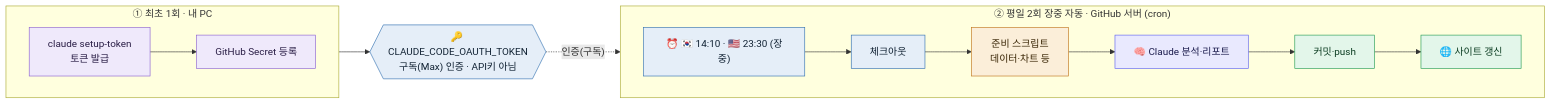
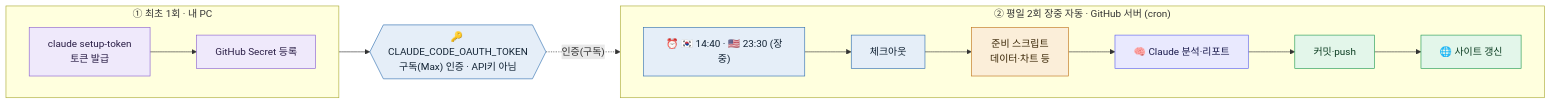
The first of 2 diagrams in docs/OVERVIEW.md (gks930620/stock-daily), drawn with Mermaid before and after one commit. The commit also changed other lines of this file and 15 other files, not shown here.

````diff
--- a/docs/OVERVIEW.md
+++ b/docs/OVERVIEW.md
@@ -14,22 +14,22 @@
 ```mermaid
 flowchart LR
   subgraph SETUP["① 최초 1회 · 내 PC"]
     direction LR
     A["claude setup-token<br/>토큰 발급"] --> B["GitHub Secret 등록"]
   end
   B --> KEY{{"🔑 CLAUDE_CODE_OAUTH_TOKEN<br/>구독(Max) 인증 · API키 아님"}}
 
   subgraph DAILY["② 평일 2회 장중 자동 · GitHub 서버 (cron)"]
     direction LR
-    C["⏰ 🇰🇷 14:10 · 🇺🇸 23:30 (장중)"] --> D["체크아웃"] --> E["준비 스크립트<br/>데이터·차트 등"] --> F["🧠 Claude 분석·리포트"] --> G["커밋·push"] --> H["🌐 사이트 갱신"]
+    C["⏰ 🇰🇷 14:40 · 🇺🇸 23:30 (장중)"] --> D["체크아웃"] --> E["준비 스크립트<br/>데이터·차트 등"] --> F["🧠 Claude 분석·리포트"] --> G["커밋·push"] --> H["🌐 사이트 갱신"]
   end
 
   KEY -. "인증(구독)" .-> F
 
   classDef setup fill:#efe9fb,stroke:#8a5fd0,color:#2a1e46;
   classDef cloud fill:#e5eef8,stroke:#2f6fb0,color:#123;
   classDef proc  fill:#fbeed9,stroke:#bf7318,color:#3a2606;
   classDef ai    fill:#e9e9fe,stroke:#5b5ff0,color:#1c1c4d;
   classDef pub   fill:#e3f6ea,stroke:#219a52,color:#0c3d22;
   class A,B setup; class KEY,C,D cloud; class E proc; class F ai; class G,H pub;
 ```
````
